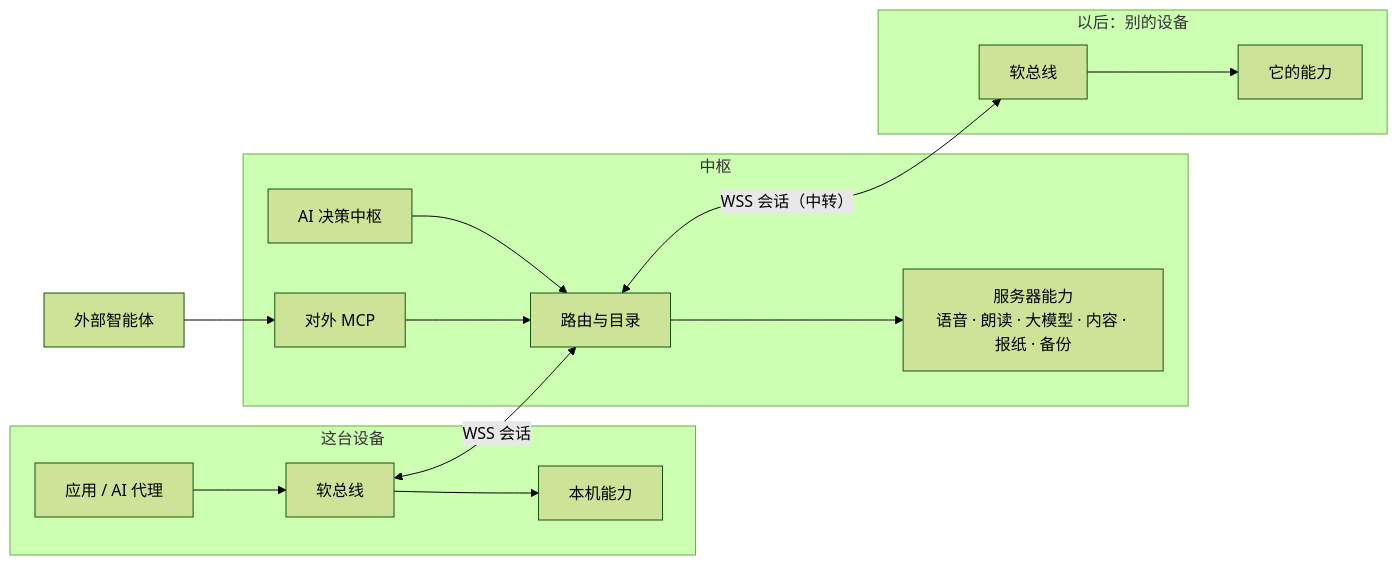
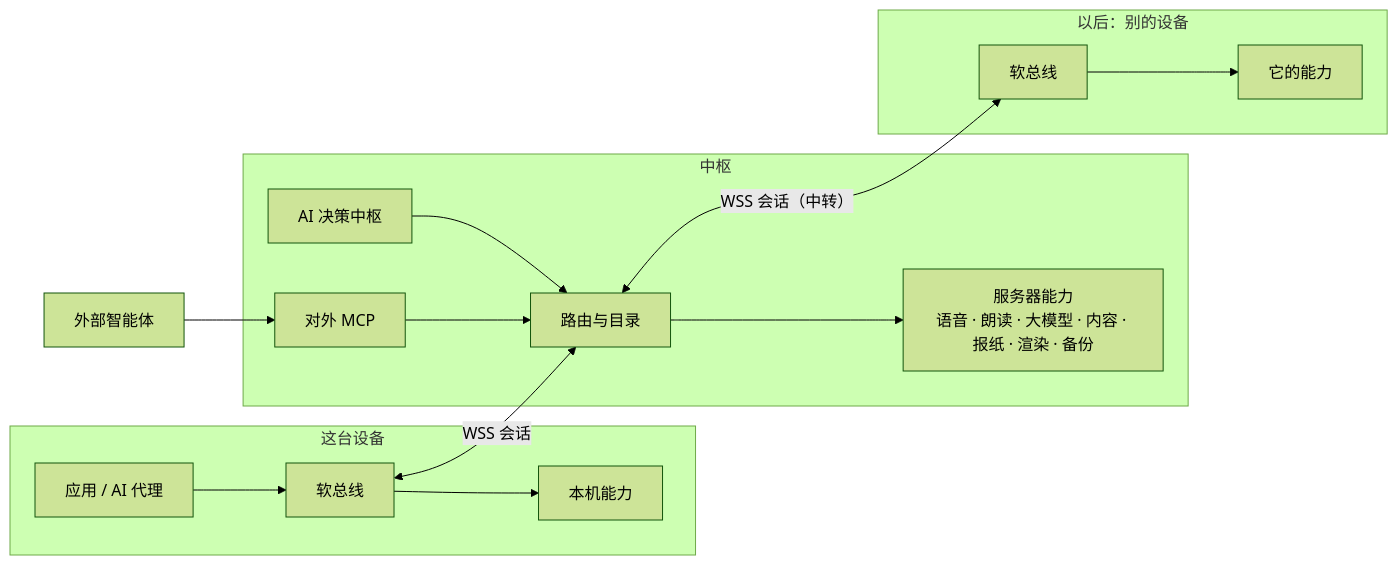
One commit to Gidean-zcx/ink changed the third of 6 diagrams in docs/system/system-architecture.md. Above: the diagram before and after it, drawn with Mermaid (forest theme). The commit also changed other lines of this file and 4 other files, not shown here.

First line of the commit message:
docs: architecture v1.0, D-52..D-54 decided, revisions folded into the body

````diff
--- a/docs/system/system-architecture.md
+++ b/docs/system/system-architecture.md
@@ -251,22 +269,22 @@
 ```mermaid
 flowchart LR
   subgraph A["这台设备"]
     AAPP["应用 / AI 代理"] --> ABUS["软总线"]
     ABUS --> ALOC["本机能力"]
   end
   subgraph H["中枢"]
     HROUTE["路由与目录"]
     HAI["AI 决策中枢"]
-    HCAP["服务器能力<br/>语音 · 朗读 · 大模型 · 内容 · 报纸 · 备份"]
+    HCAP["服务器能力<br/>语音 · 朗读 · 大模型 · 内容 · 报纸 · 渲染 · 备份"]
     HMCP["对外 MCP"]
     HROUTE --> HCAP
     HAI --> HROUTE
     HMCP --> HROUTE
   end
   subgraph B["以后：别的设备"]
     BBUS["软总线"] --> BLOC["它的能力"]
   end
   ABUS <-- "WSS 会话" --> HROUTE
   HROUTE <-- "WSS 会话（中转）" --> BBUS
   EXT["外部智能体"] --> HMCP
 ```
````
